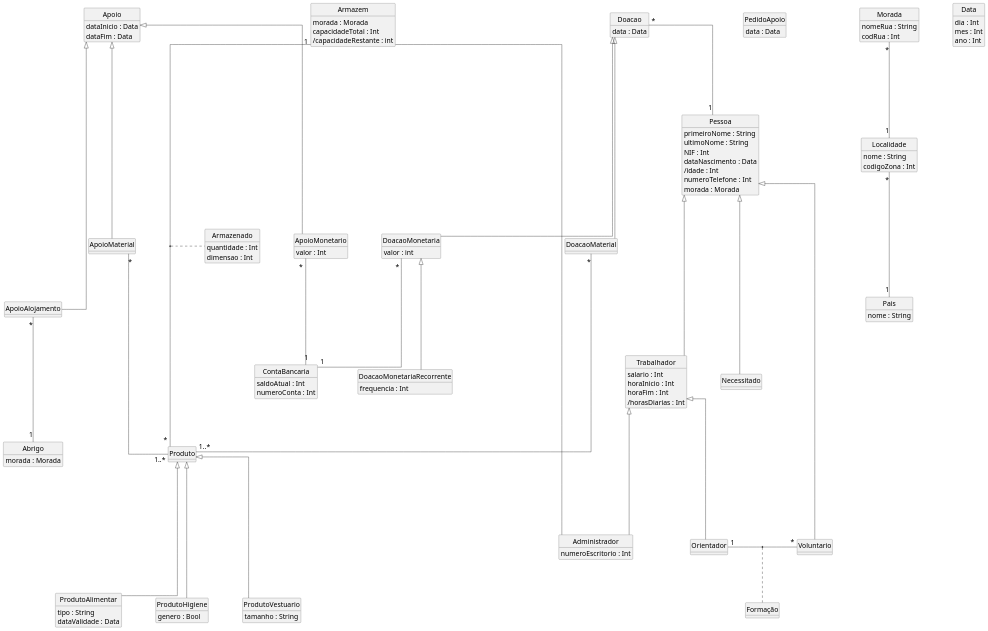
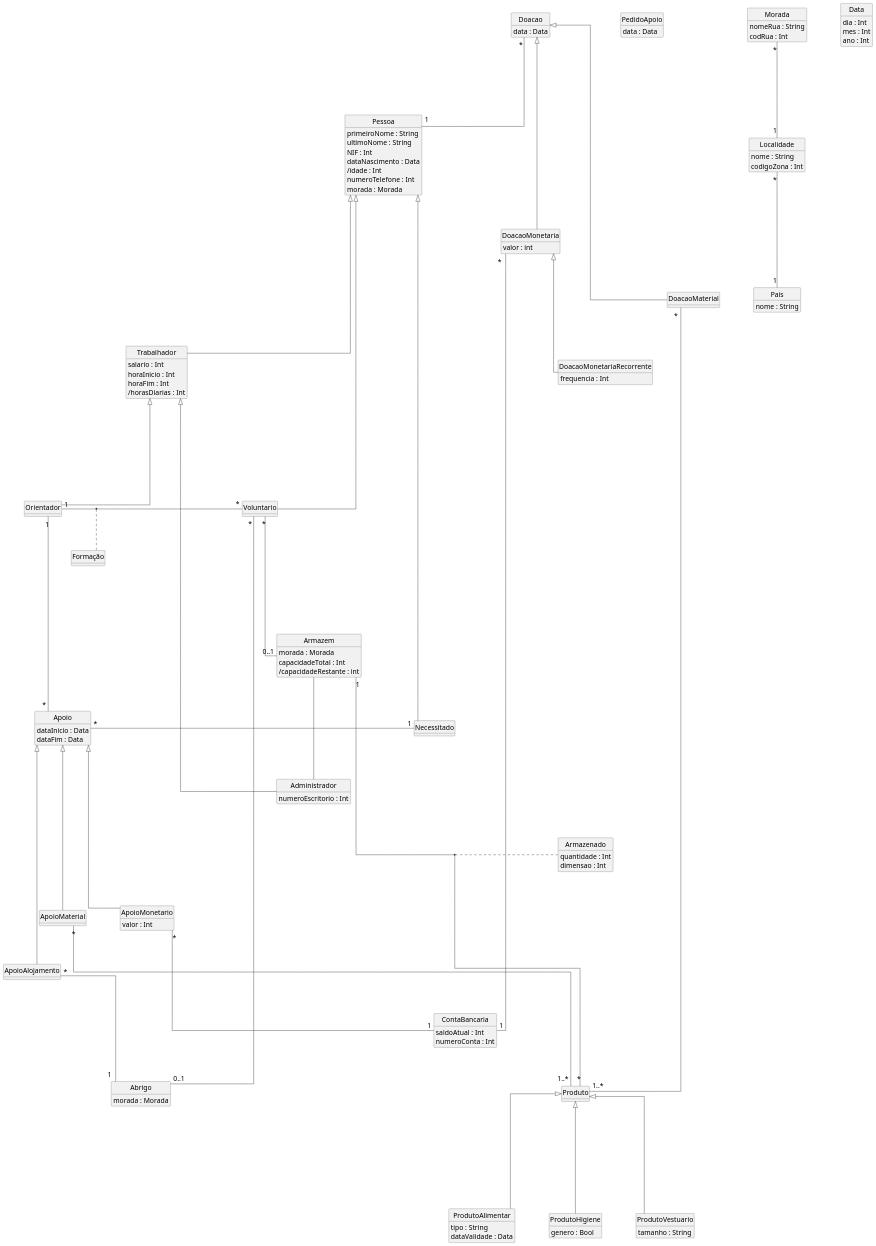
Before and after one commit to francisco-rente/FEUP-BDAD: the diagram in Delivery_I/diagram.puml, drawn with PlantUML. The commit also changed 1 other file, not shown here.

Commit message:
Updated diagram: Voluntary & Orientator relations.

```diff
--- a/Delivery_I/diagram.puml
+++ b/Delivery_I/diagram.puml
@@ -121,7 +121,7 @@
 
 'Diferentes pessoas'
 Pessoa <|---- Trabalhador
-Pessoa <|--- Voluntario
+Pessoa <|----- Voluntario
 Pessoa <|---- Necessitado
 
 'Diferentes trabalhadores'
@@ -143,6 +143,9 @@
 Produto <|---- ProdutoVestuario
 
 'Diferentes funções'
+Voluntario "*" ---- "0..1" Armazem
+Voluntario "*" ----- "0..1" Abrigo
+Orientador "1" ----- "*" Apoio
 Orientador "1" - "*" Voluntario
 (Orientador, Voluntario) ... Formação
 
@@ -152,6 +155,7 @@
 DoacaoMonetaria <|--- DoacaoMonetariaRecorrente
 
 'Receber'
+Apoio "*" - "1" Necessitado
 ApoioMaterial "*" ---- "1..*" Produto
 
 'Alojamento'
```
